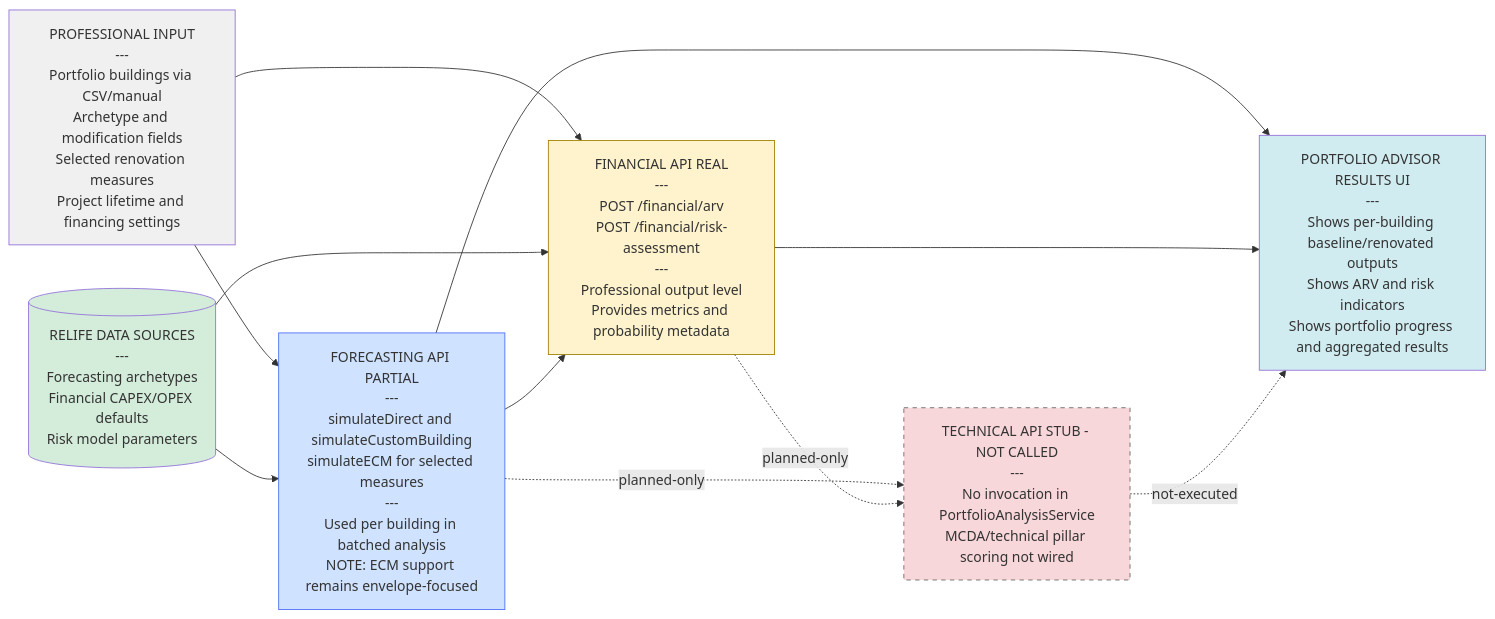
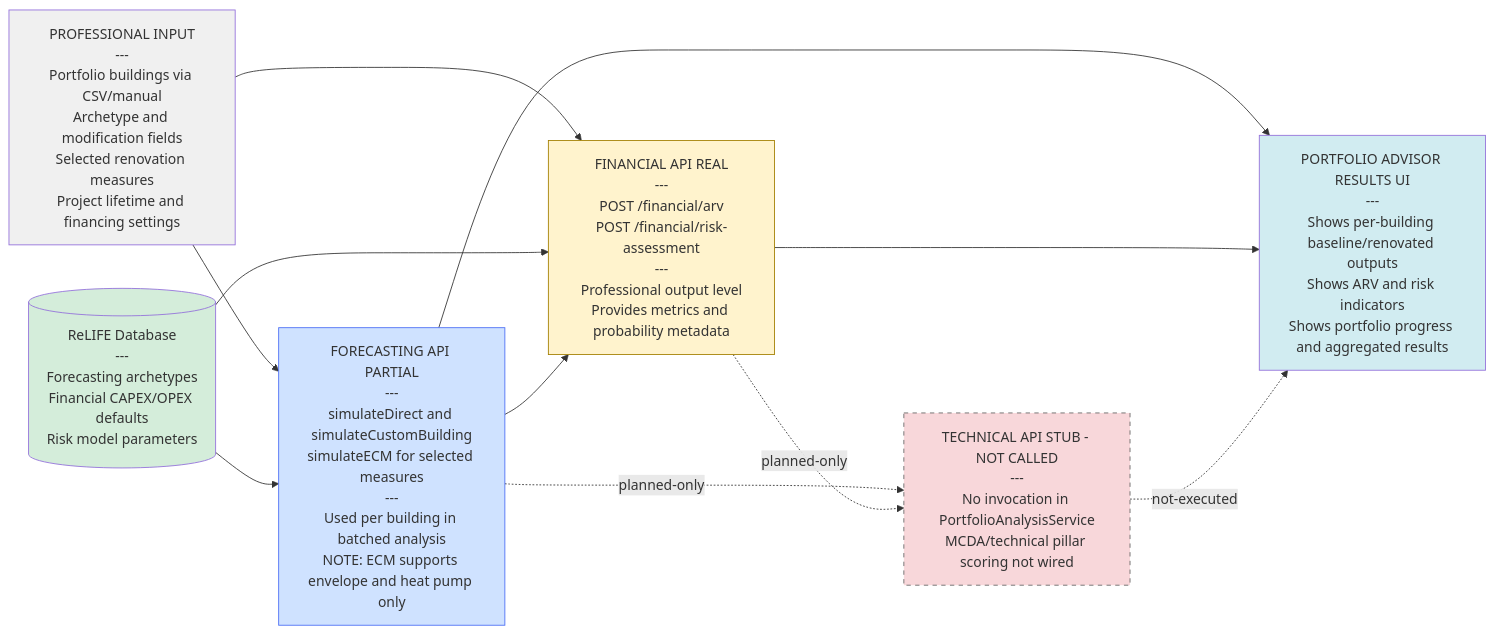
Before and after one commit to ReLIFE-Project-EU/relife-web-ui: the fourth of 6 diagrams in README.md, drawn with Mermaid. The commit also changed other lines of this file, not shown here.

Commit message:
📝 Update README to reflect ECM support for floor and heat pump

````diff
--- a/README.md
+++ b/README.md
@@ -134,32 +134,32 @@
 ```mermaid
 flowchart LR
     ProfessionalInput["PROFESSIONAL INPUT<br/>---<br/>Portfolio buildings via CSV/manual<br/>Archetype and modification fields<br/>Selected renovation measures<br/>Project lifetime and financing settings"]
 
-    DB[("RELIFE DATA SOURCES<br/>---<br/>Forecasting archetypes<br/>Financial CAPEX/OPEX defaults<br/>Risk model parameters")]
+    DB[("ReLIFE Database<br/>---<br/>Forecasting archetypes<br/>Financial CAPEX/OPEX defaults<br/>Risk model parameters")]
 
-    Forecasting["FORECASTING API PARTIAL<br/>---<br/>simulateDirect and simulateCustomBuilding<br/>simulateECM for selected measures<br/>---<br/>Used per building in batched analysis<br/>NOTE: ECM support remains envelope-focused"]
+    Forecasting["FORECASTING API PARTIAL<br/>---<br/>simulateDirect and simulateCustomBuilding<br/>simulateECM for selected measures<br/>---<br/>Used per building in batched analysis<br/>NOTE: ECM supports envelope and heat pump only"]
 
     Financial["FINANCIAL API REAL<br/>---<br/>POST /financial/arv<br/>POST /financial/risk-assessment<br/>---<br/>Professional output level<br/>Provides metrics and probability metadata"]
 
     Technical["TECHNICAL API STUB - NOT CALLED<br/>---<br/>No invocation in PortfolioAnalysisService<br/>MCDA/technical pillar scoring not wired"]
 
     ProfessionalUI["PORTFOLIO ADVISOR RESULTS UI<br/>---<br/>Shows per-building baseline/renovated outputs<br/>Shows ARV and risk indicators<br/>Shows portfolio progress and aggregated results"]
 
     ProfessionalInput --> Forecasting
     DB --> Forecasting
     ProfessionalInput --> Financial
     DB --> Financial
     Forecasting --> Financial
     Forecasting --> ProfessionalUI
     Financial --> ProfessionalUI
     Forecasting -. planned-only .-> Technical
     Financial -. planned-only .-> Technical
     Technical -. not-executed .-> ProfessionalUI
 
     style ProfessionalInput fill:#f0f0f0
     style DB fill:#d4edda
     style Forecasting fill:#cfe2ff,stroke:#4c6ef5
     style Financial fill:#fff3cd,stroke:#a37f00
     style Technical fill:#f8d7da,stroke:#666,stroke-dasharray: 5 5
     style ProfessionalUI fill:#d1ecf1
 ```
````
